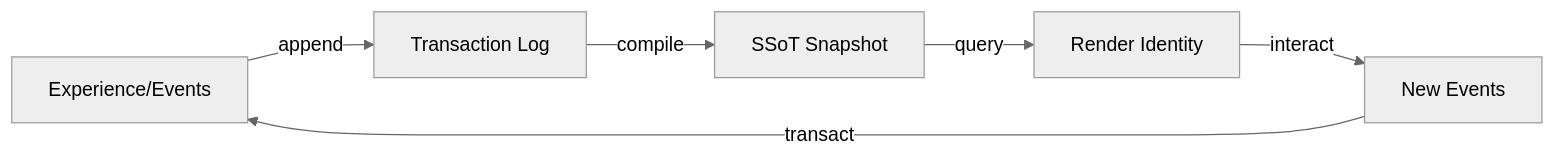
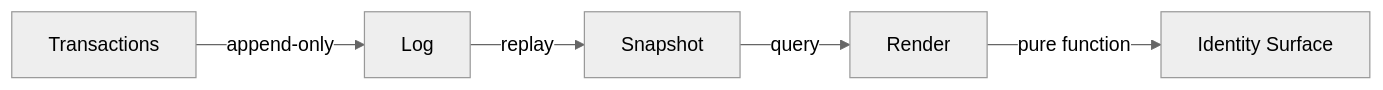
One commit to Synthetic-Identity-Co/conj-talk-2025 changed the first of 5 diagrams in presenter.md. Above: the diagram before and after it, drawn with Mermaid (neutral theme). The commit also changed other lines of this file, not shown here.

````diff
--- a/presenter.md
+++ b/presenter.md
@@ -120,8 +44,7 @@
 ```mermaid
 graph LR
-    A[Experience/Events] -->|append| B[Transaction Log]
-    B -->|compile| C[SSoT Snapshot]
-    C -->|query| D[Render Identity]
-    D -->|interact| E[New Events]
-    E -->|transact| A
+    A[Transactions] -->|append-only| B[Log]
+    B -->|replay| C[Snapshot]
+    C -->|query| D[Render]
+    D -->|pure function| E[Identity Surface]
 ```
````
